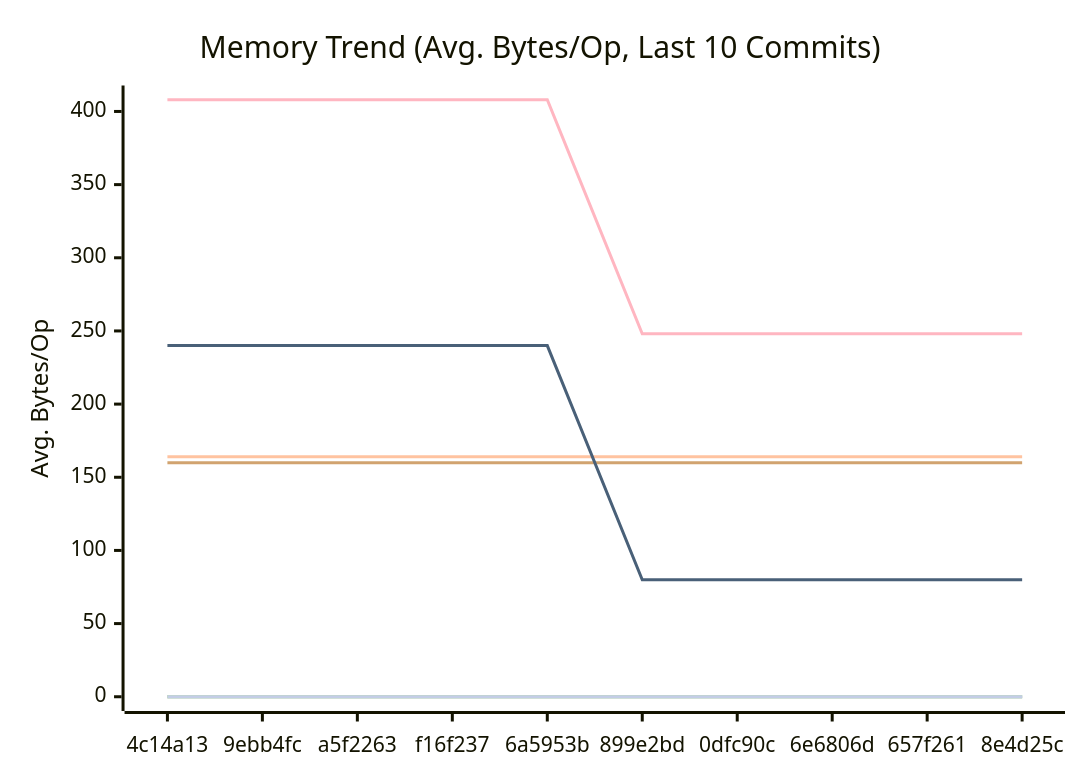
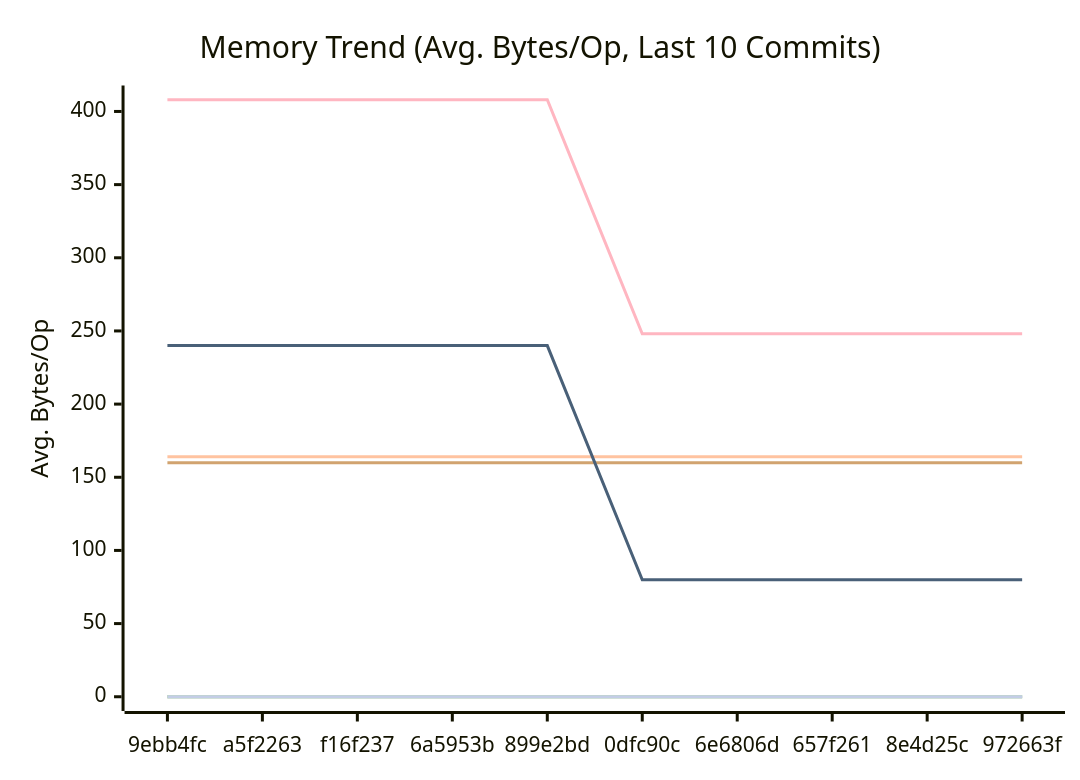
Before and after one commit to alsotoes/momo: the second of 3 diagrams in docs/PERFORMANCE.md, drawn with Mermaid. The commit also changed other lines of this file and 2 other files, not shown here.

````diff
--- a/docs/PERFORMANCE.md
+++ b/docs/PERFORMANCE.md
@@ -97,16 +97,16 @@
 ```mermaid
 xychart-beta
     title "Memory Trend (Avg. Bytes/Op, Last 10 Commits)"
     x-axis "Commit"
     y-axis "Avg. Bytes/Op"
-    x-axis [4c14a13,9ebb4fc,a5f2263,f16f237,6a5953b,899e2bd,0dfc90c,6e6806d,657f261,8e4d25c]
+    x-axis [9ebb4fc,a5f2263,f16f237,6a5953b,899e2bd,0dfc90c,6e6806d,657f261,8e4d25c,972663f]
     line "CheckMetricsAndSwap" [0,0,0,0,0,0,0,0,0,0]
     line "CrushOptimized" [0,0,0,0,0,0,0,0,0,0]
     line "CrushOriginal" [164,164,164,164,164,164,164,164,164,164]
     line "IndexDirectTracking" [0,0,0,0,0,0,0,0,0,0]
     line "IndexSearch" [0,0,0,0,0,0,0,0,0,0]
     line "LoadGlobalConfig" [160,160,160,160,160,160,160,160,160,160]
     line "PadString" [0,0,0,0,0,0,0,0,0,0]
     line "ParseReplicationOrder_NoPrealloc" [408,408,408,408,408,248,248,248,248,248]
     line "ParseReplicationOrder_Prealloc" [240,240,240,240,240,80,80,80,80,80]
 ```
````
